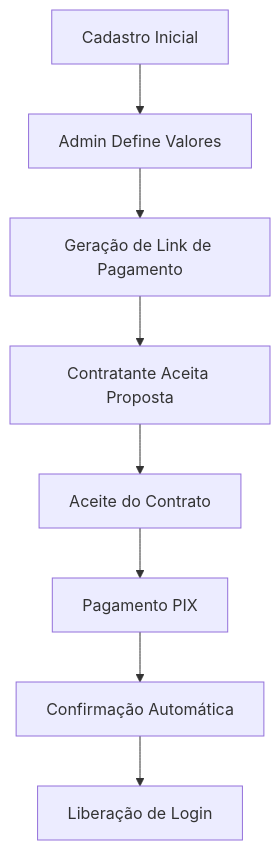
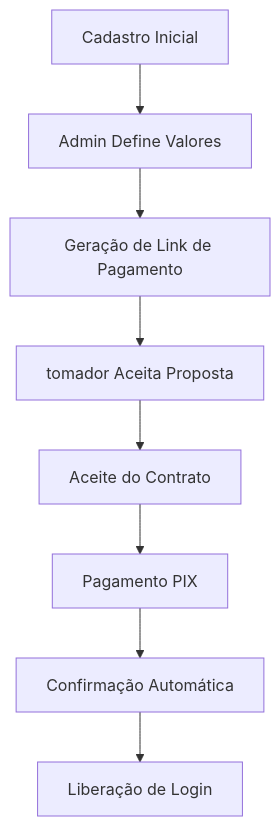
The second of 2 diagrams in docs/guides/FLUXO-CADASTRO-CONTRATANTES.md (ronaldofilardo/Qwork), drawn with Mermaid before and after one commit. The commit also changed other lines of this file and 1221 other files, not shown here.

````diff
--- a/docs/guides/FLUXO-CADASTRO-CONTRATANTES.md
+++ b/docs/guides/FLUXO-CADASTRO-CONTRATANTES.md
@@ -166,10 +166,10 @@
 ```mermaid
 graph TD
     A[Cadastro Inicial] --> B[Admin Define Valores]
     B --> C[Geração de Link de Pagamento]
-    C --> D[Contratante Aceita Proposta]
+    C --> D[tomador Aceita Proposta]
     D --> E[Aceite do Contrato]
     E --> F[Pagamento PIX]
     F --> G[Confirmação Automática]
     G --> H[Liberação de Login]
 ```
````
